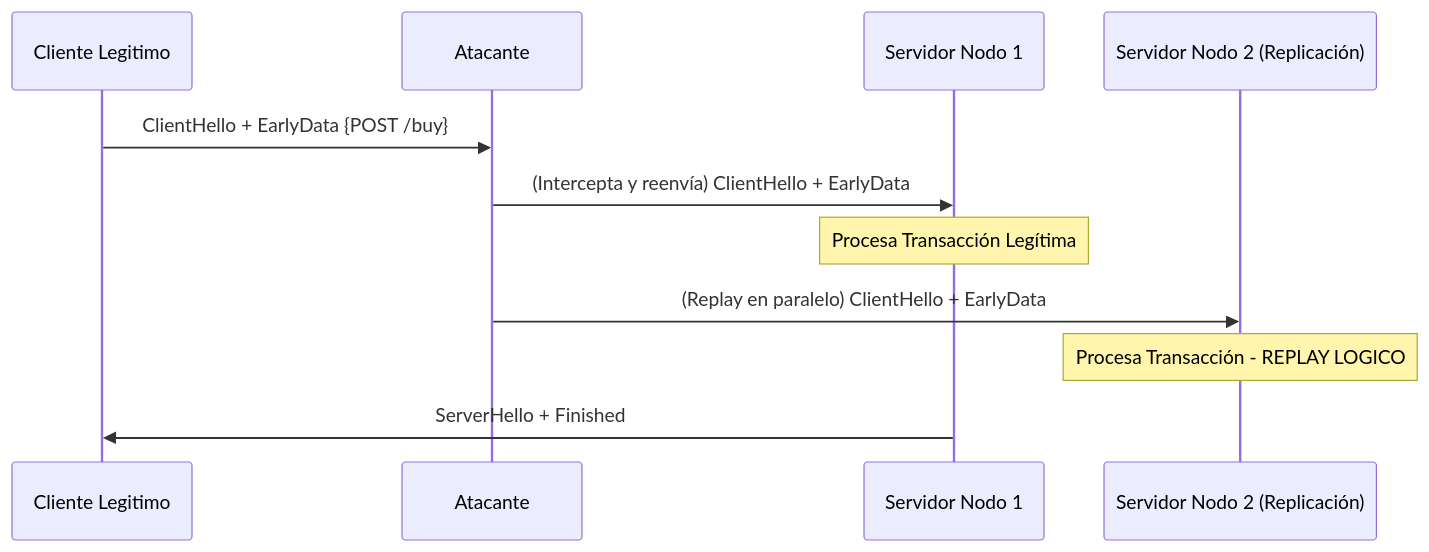
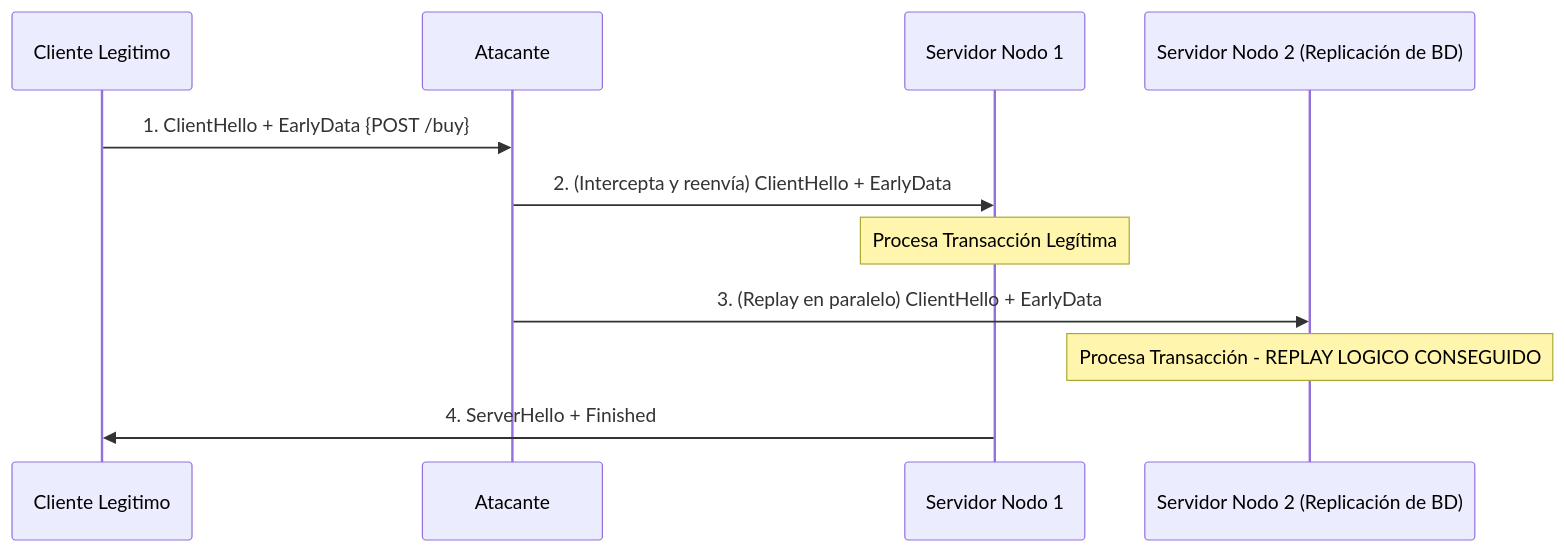
The diagram in vulnerabilities/CVE-2019-1559/advisory.md (j3susangar1ca/plan), drawn with Mermaid before and after one commit. The commit also changed other lines of this file, not shown here.

````diff
--- a/vulnerabilities/CVE-2019-1559/advisory.md
+++ b/vulnerabilities/CVE-2019-1559/advisory.md
@@ -44,14 +47,14 @@
 ```mermaid
 sequenceDiagram
     participant C as Cliente Legitimo
     participant A as Atacante
     participant S1 as Servidor Nodo 1
-    participant S2 as Servidor Nodo 2 (Replicación)
+    participant S2 as Servidor Nodo 2 (Replicación de BD)
 
-    C->>A: ClientHello + EarlyData {POST /buy}
-    A->>S1: (Intercepta y reenvía) ClientHello + EarlyData
+    C->>A: 1. ClientHello + EarlyData {POST /buy}
+    A->>S1: 2. (Intercepta y reenvía) ClientHello + EarlyData
     Note over S1: Procesa Transacción Legítima
-    A->>S2: (Replay en paralelo) ClientHello + EarlyData
-    Note over S2: Procesa Transacción - REPLAY LOGICO
-    S1->>C: ServerHello + Finished
+    A->>S2: 3. (Replay en paralelo) ClientHello + EarlyData
+    Note over S2: Procesa Transacción - REPLAY LOGICO CONSEGUIDO
+    S1->>C: 4. ServerHello + Finished
 ```
````
